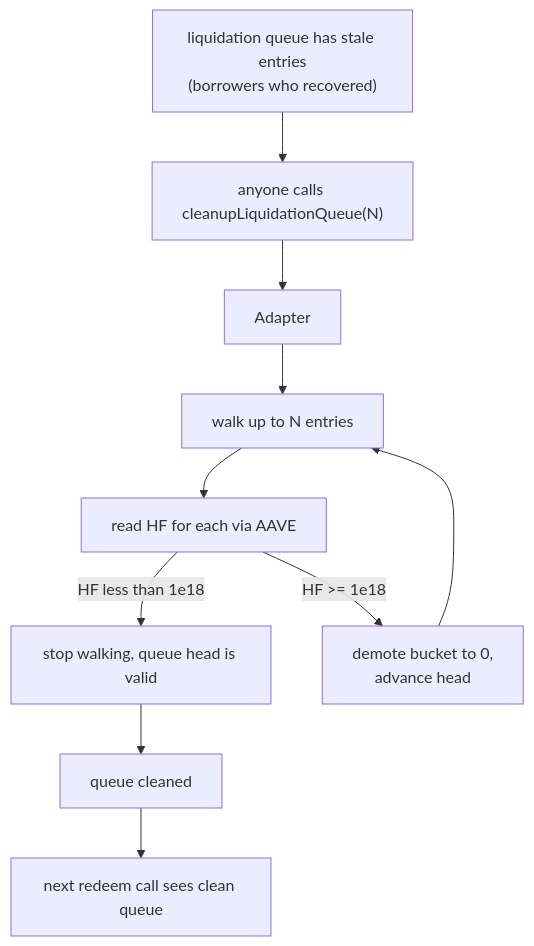
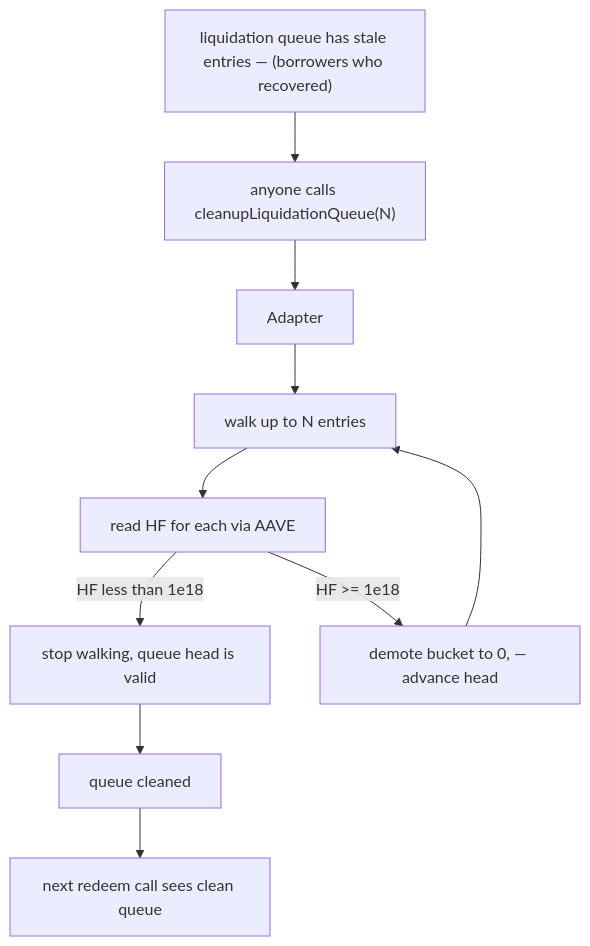
One commit to sanbir/vault-steth-adapter changed diagram 23 of 24 in docs/Architecture.md. Above: the diagram before and after it, drawn with Mermaid. The commit also changed other lines of this file and 1 other file, not shown here.

First line of the commit message:
docs: fix Mermaid <br/> rendering errors in Architecture.md and Liquidation-guarantees.md

````diff
--- a/docs/Architecture.md
+++ b/docs/Architecture.md
@@ -830,14 +830,14 @@
 ```mermaid
 flowchart TB
-    Stuck["liquidation queue has stale entries<br/>(borrowers who recovered)"]
+    Stuck["liquidation queue has stale entries — (borrowers who recovered)"]
     Stuck --> Cleanup["anyone calls cleanupLiquidationQueue(N)"]
     Cleanup --> Adapter
     Adapter --> Loop["walk up to N entries"]
     Loop --> Check["read HF for each via AAVE"]
     Check -->|HF less than 1e18| KeepHead["stop walking, queue head is valid"]
-    Check -->|HF >= 1e18| Demote["demote bucket to 0,<br/>advance head"]
+    Check -->|HF >= 1e18| Demote["demote bucket to 0, — advance head"]
     Demote --> Loop
     KeepHead --> Done["queue cleaned"]
 
     Done --> NextRedeem["next redeem call sees clean queue"]
 ```
````
